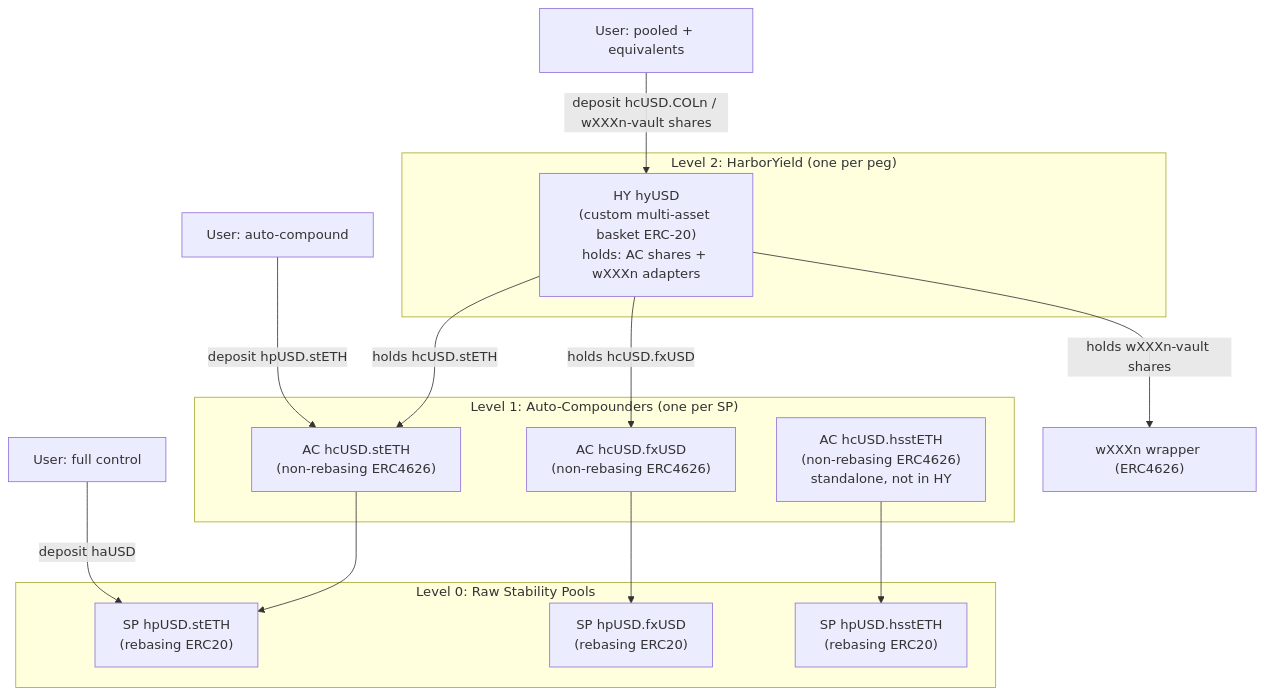
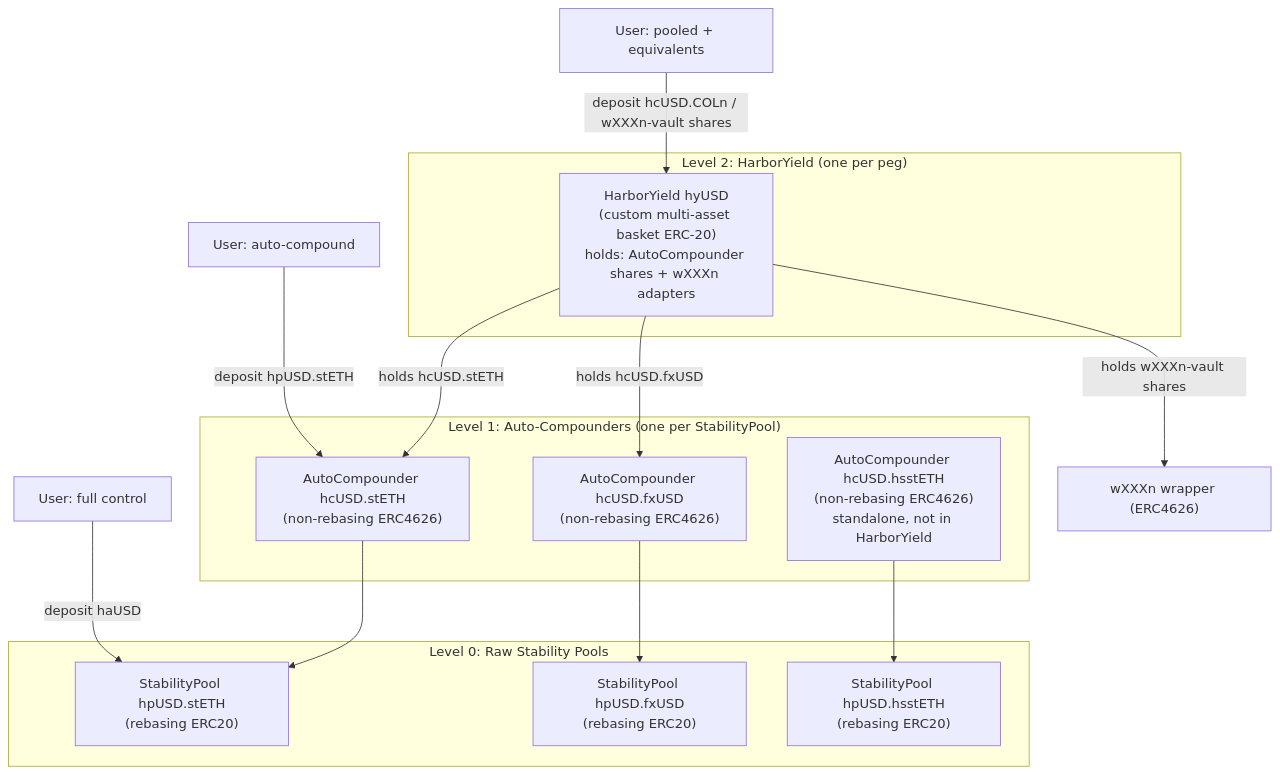
The first of 9 diagrams in doc/autocompounding-vault-design.md (baofinance/harbor), drawn with Mermaid before and after one commit. The commit also changed other lines of this file and 6 other files, not shown here.

````diff
--- a/doc/autocompounding-vault-design.md
+++ b/doc/autocompounding-vault-design.md
@@ -25,29 +25,29 @@
 ```mermaid
 graph TD
     subgraph "Level 0: Raw Stability Pools"
-        SP_COL1["SP hpUSD.stETH<br/>(rebasing ERC20)"]
-        SP_COL2["SP hpUSD.fxUSD<br/>(rebasing ERC20)"]
-        SP_LEV1["SP hpUSD.hsstETH<br/>(rebasing ERC20)"]
+        StabilityPool_COL1["StabilityPool hpUSD.stETH<br/>(rebasing ERC20)"]
+        StabilityPool_COL2["StabilityPool hpUSD.fxUSD<br/>(rebasing ERC20)"]
+        StabilityPool_LEV1["StabilityPool hpUSD.hsstETH<br/>(rebasing ERC20)"]
     end
 
-    subgraph "Level 1: Auto-Compounders (one per SP)"
-        AC_COL1["AC hcUSD.stETH<br/>(non-rebasing ERC4626)"]
-        AC_COL2["AC hcUSD.fxUSD<br/>(non-rebasing ERC4626)"]
-        AC_LEV1["AC hcUSD.hsstETH<br/>(non-rebasing ERC4626)<br/>standalone, not in HY"]
+    subgraph "Level 1: Auto-Compounders (one per StabilityPool)"
+        AutoCompounder_COL1["AutoCompounder hcUSD.stETH<br/>(non-rebasing ERC4626)"]
+        AutoCompounder_COL2["AutoCompounder hcUSD.fxUSD<br/>(non-rebasing ERC4626)"]
+        AutoCompounder_LEV1["AutoCompounder hcUSD.hsstETH<br/>(non-rebasing ERC4626)<br/>standalone, not in HarborYield"]
     end
 
     subgraph "Level 2: HarborYield (one per peg)"
-        HY["HY hyUSD<br/>(custom multi-asset basket ERC-20)<br/>holds: AC shares + wXXXn adapters"]
+        HarborYield["HarborYield hyUSD<br/>(custom multi-asset basket ERC-20)<br/>holds: AutoCompounder shares + wXXXn adapters"]
     end
 
-    User_L0["User: full control"] -->|"deposit haUSD"| SP_COL1
-    User_L1["User: auto-compound"] -->|"deposit hpUSD.stETH"| AC_COL1
-    User_L2["User: pooled + equivalents"] -->|"deposit hcUSD.COLn / wXXXn-vault shares"| HY
+    User_L0["User: full control"] -->|"deposit haUSD"| StabilityPool_COL1
+    User_L1["User: auto-compound"] -->|"deposit hpUSD.stETH"| AutoCompounder_COL1
+    User_L2["User: pooled + equivalents"] -->|"deposit hcUSD.COLn / wXXXn-vault shares"| HarborYield
 
-    AC_COL1 --> SP_COL1
-    AC_COL2 --> SP_COL2
-    AC_LEV1 --> SP_LEV1
-    HY -->|"holds hcUSD.stETH"| AC_COL1
-    HY -->|"holds hcUSD.fxUSD"| AC_COL2
-    HY -->|"holds wXXXn-vault shares"| wXXXn_pool["wXXXn wrapper (ERC4626)"]
+    AutoCompounder_COL1 --> StabilityPool_COL1
+    AutoCompounder_COL2 --> StabilityPool_COL2
+    AutoCompounder_LEV1 --> StabilityPool_LEV1
+    HarborYield -->|"holds hcUSD.stETH"| AutoCompounder_COL1
+    HarborYield -->|"holds hcUSD.fxUSD"| AutoCompounder_COL2
+    HarborYield -->|"holds wXXXn-vault shares"| wXXXn_pool["wXXXn wrapper (ERC4626)"]
 ```
````
